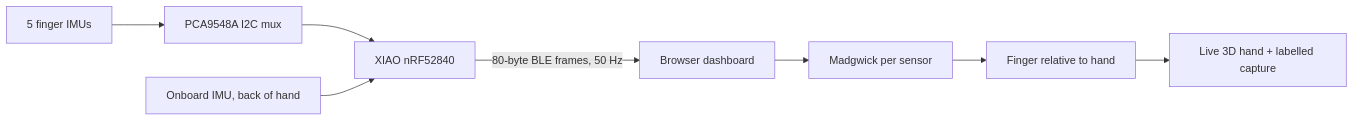
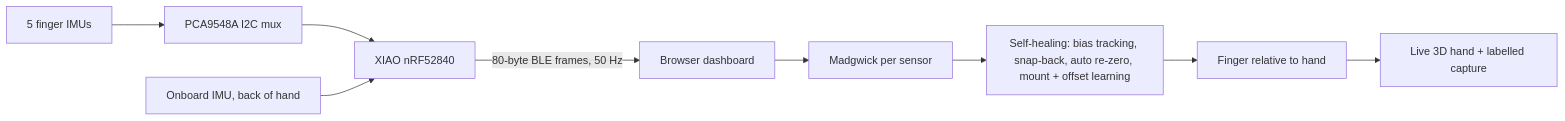
Before and after one commit to PiyushPapaya/Cheirograph: the diagram in README.md, drawn with Mermaid. The commit also changed other lines of this file, not shown here.

Commit message:
README: bring status, results, bugs and run steps up to date with v5 and the self-calibrating dashboard

````diff
--- a/README.md
+++ b/README.md
@@ -61,10 +65,11 @@
 ```mermaid
 flowchart LR
     F[5 finger IMUs] --> MUX[PCA9548A I2C mux]
     MUX --> MCU[XIAO nRF52840]
     H[Onboard IMU, back of hand] --> MCU
     MCU -->|80-byte BLE frames, 50 Hz| DASH[Browser dashboard]
     DASH --> FUS[Madgwick per sensor]
-    FUS --> REL[Finger relative to hand]
+    FUS --> HEAL[Self-healing: bias tracking, snap-back, auto re-zero, mount + offset learning]
+    HEAL --> REL[Finger relative to hand]
     REL --> VIS[Live 3D hand + labelled capture]
 ```
````
